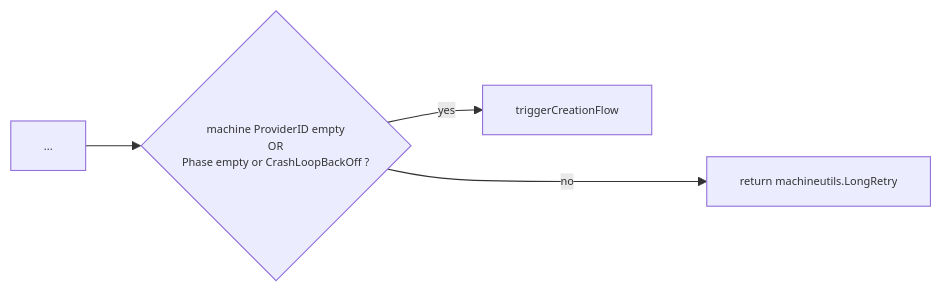
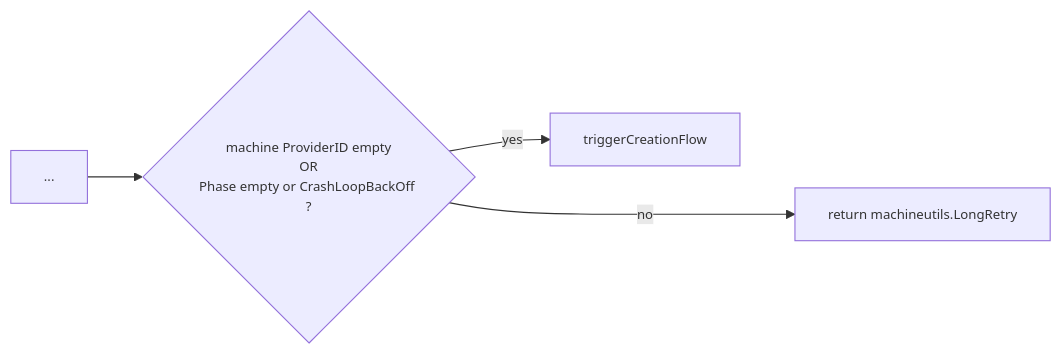
The first of 2 diagrams in docs/proposals/update-machine.md (gardener/machine-controller-manager), drawn with Mermaid before and after one commit. The commit also changed other lines of this file, not shown here.

````diff
--- a/docs/proposals/update-machine.md
+++ b/docs/proposals/update-machine.md
@@ -66,14 +46,14 @@
 ```mermaid
 %%{ init: {
     'themeVariables':
-        { 'fontSize': '10px'}
+        { 'fontSize': '12px'}
 } }%%
 flowchart LR
 
 other["..."]
 -->chk{"machine ProviderID empty
 OR
 Phase empty or CrashLoopBackOff ?
 "}--yes-->triggerCreationFlow
 chk--noo-->LongRetry["return machineutils.LongRetry"]
 ```
````
